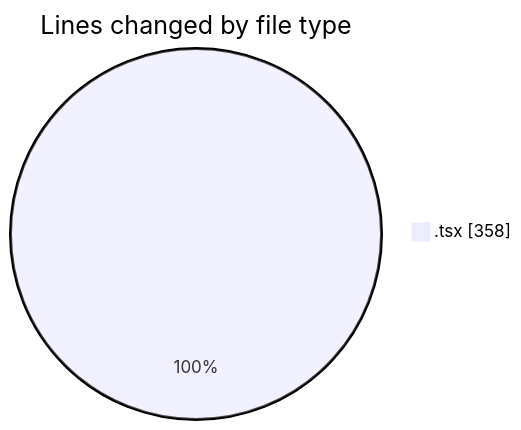
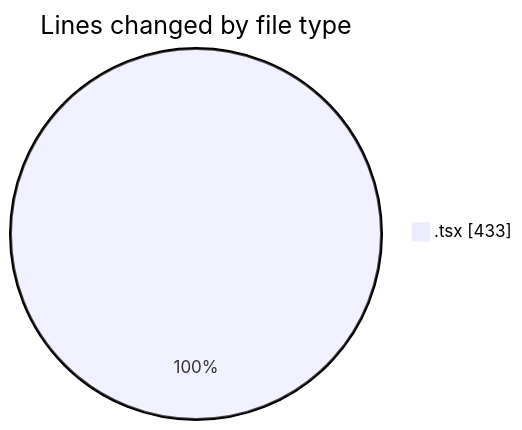
The first of 2 diagrams in 2025-05-28/kimberly-groups/README.md (JenPaints/code-tracking), drawn with Mermaid before and after one commit. The commit also changed other lines of this file and 1 other file, not shown here.

````diff
--- a/2025-05-28/kimberly-groups/README.md
+++ b/2025-05-28/kimberly-groups/README.md
@@ -23,5 +24,5 @@
 ```mermaid
 pie showData
 title Lines changed by file type
-".tsx" : 358
+".tsx" : 433
 ```
````
